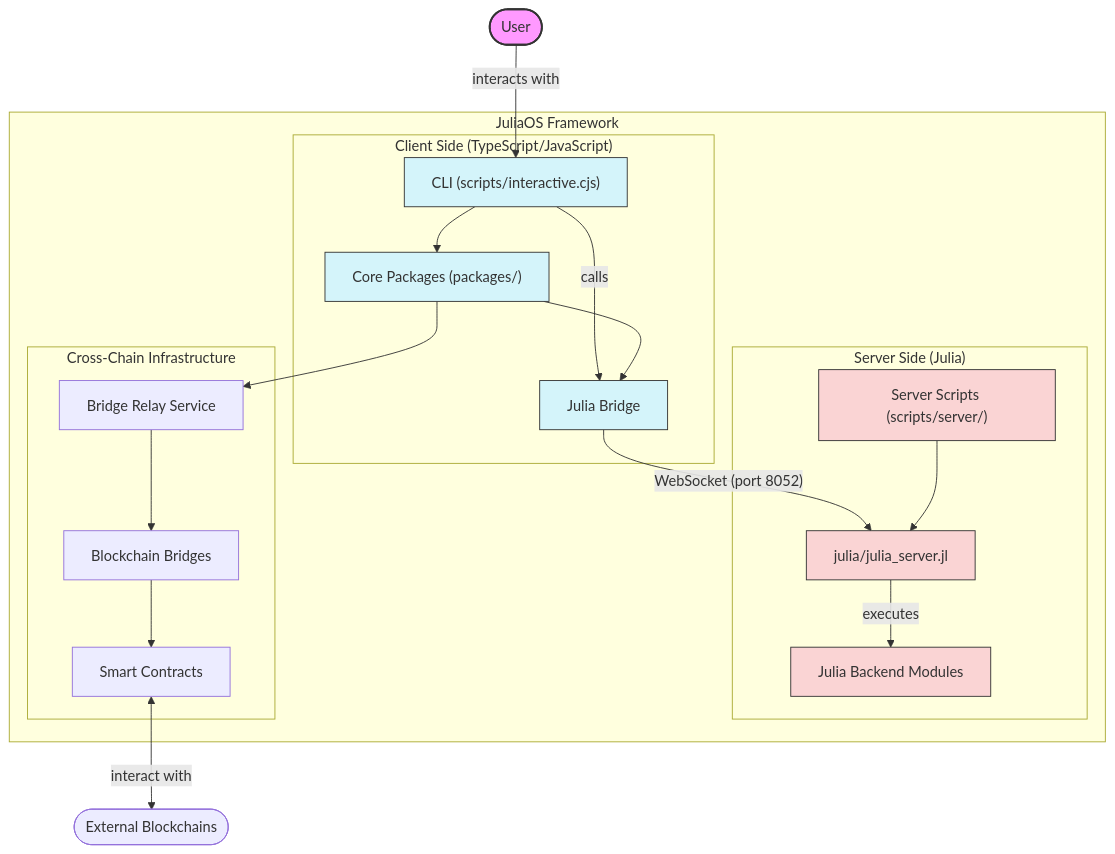
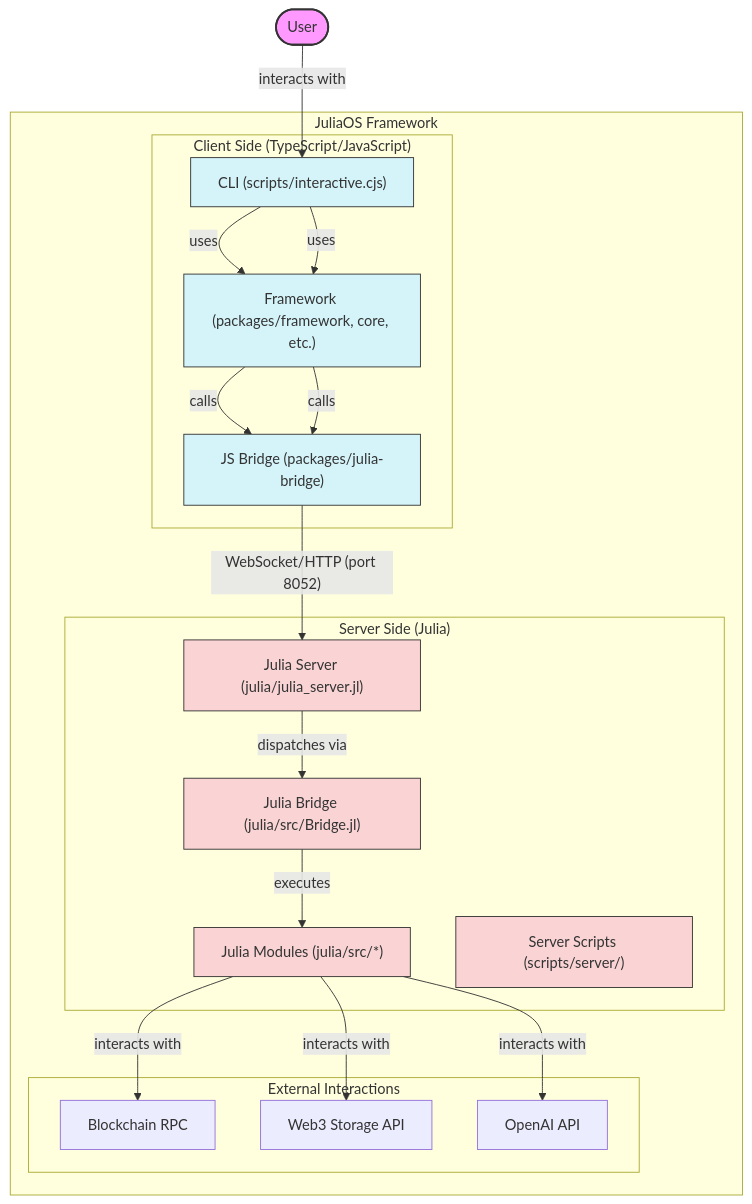
Before and after one commit to zhenwuuu/JuliaSwarmSyndicate: the second of 2 diagrams in README.md, drawn with Mermaid. The commit also changed other lines of this file and 9 other files, not shown here.

````diff
--- a/README.md
+++ b/README.md
@@ -307,49 +366,50 @@
 ```mermaid
 graph TB
     %% Main user flow
     User(["User"]) --> |"interacts with"| CLI["CLI (scripts/interactive.cjs)"]
-    CLI --> |"calls"| JuliaBridge["Julia Bridge"]
-    JuliaBridge --> |"WebSocket (port 8052)"| SimpleServer["julia/julia_server.jl"]
-    SimpleServer --> |"executes"| JuliaModules["Julia Backend Modules"]
+    CLI --> |"uses"| Framework["Framework (packages/framework, core, etc.)"]
+    Framework --> |"calls"| JSBridge["JS Bridge (packages/julia-bridge)"]
+    JSBridge --> |"WebSocket/HTTP (port 8052)"| JuliaServer["Julia Server (julia/julia_server.jl)"]
+    JuliaServer --> |"dispatches via"| JuliaBridge["Julia Bridge (julia/src/Bridge.jl)"]
+    JuliaBridge --> |"executes"| JuliaModules["Julia Modules (julia/src/*)"]
 
     subgraph "JuliaOS Framework"
         subgraph "Client Side (TypeScript/JavaScript)"
             CLI
-            JuliaBridge
-            CorePackages["Core Packages (packages/)"]
+            Framework
+            JSBridge
         end
 
         subgraph "Server Side (Julia)"
-            SimpleServer
+            JuliaServer
+            JuliaBridge
             JuliaModules
             ServerScripts["Server Scripts (scripts/server/)"]
         end
 
-        subgraph "Cross-Chain Infrastructure"
-            BridgeRelay["Bridge Relay Service"]
-            Bridges["Blockchain Bridges"]
-            Contracts["Smart Contracts"]
+        subgraph "External Interactions"
+           BlockchainRPC["Blockchain RPC"]
+           Web3StorageAPI["Web3 Storage API"]
+           OpenAI_API["OpenAI API"]
         end
 
         %% Internal connections
-        CorePackages --> JuliaBridge
-        CLI --> CorePackages
-        ServerScripts --> SimpleServer
-        CorePackages --> BridgeRelay
-        BridgeRelay --> Bridges
-        Bridges --> Contracts
+        CLI -- uses --> Framework
+        Framework -- calls --> JSBridge
+        JuliaModules -- interacts with --> BlockchainRPC
+        JuliaModules -- interacts with --> Web3StorageAPI
+        JuliaModules -- interacts with --> OpenAI_API
+
     end
 
-    %% External connection
-    Contracts <--> |"interact with"| Blockchains(["External Blockchains"])
 
     %% Styling
     classDef mainFlow fill:#f9f,stroke:#333,stroke-width:2px;
-    class User,CLI,JuliaBridge,SimpleServer,JuliaModules mainFlow;
+    class User,CLI,Framework,JSBridge,JuliaServer,JuliaBridge,JuliaModules mainFlow;
 
     classDef clientSide fill:#d4f4fa,stroke:#333,stroke-width:1px;
     classDef serverSide fill:#fad4d4,stroke:#333,stroke-width:1px;
 
-    class CLI,JuliaBridge,CorePackages clientSide;
-    class SimpleServer,JuliaModules,ServerScripts serverSide;
+    class CLI,Framework,JSBridge clientSide;
+    class JuliaServer,JuliaBridge,JuliaModules,ServerScripts serverSide;
 ```
````
